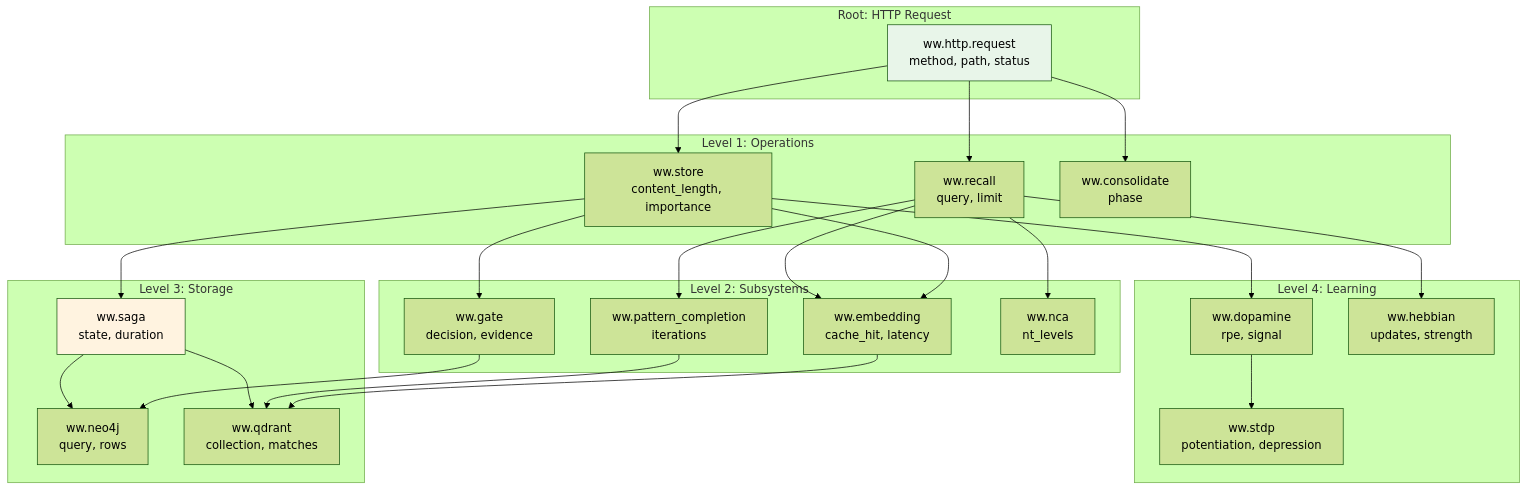
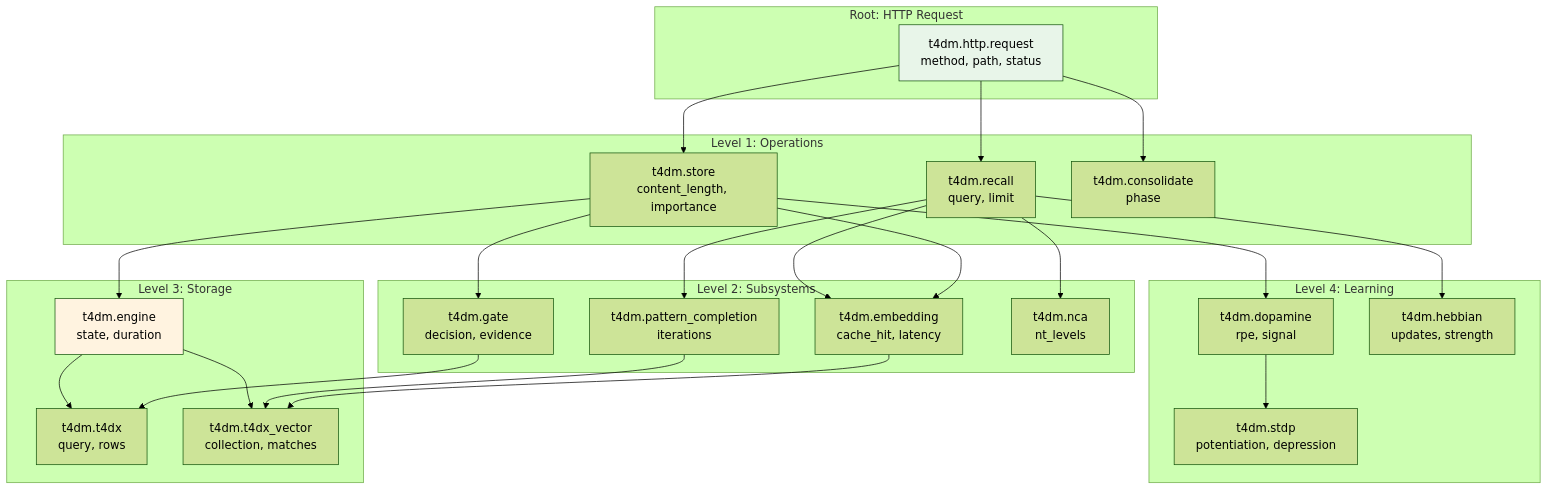
Before and after one commit to astoreyai/t4d: the fourth of 9 diagrams in docs/operations/monitoring.md, drawn with Mermaid (forest theme). The commit also changed other lines of this file and 394 other files, not shown here.

First line of the commit message:
Bulk rename World Weaver→T4DM across all documentation, diagrams, skills, agents

````diff
--- a/docs/operations/monitoring.md
+++ b/docs/operations/monitoring.md
@@ -380,56 +380,56 @@
 ```mermaid
 graph TB
     subgraph RootSpan["Root: HTTP Request"]
-        HTTP[ww.http.request<br/>method, path, status]
+        HTTP[t4dm.http.request<br/>method, path, status]
     end
 
     subgraph Level1["Level 1: Operations"]
-        STORE_OP[ww.store<br/>content_length, importance]
-        RECALL_OP[ww.recall<br/>query, limit]
-        CONSOL_OP[ww.consolidate<br/>phase]
+        STORE_OP[t4dm.store<br/>content_length, importance]
+        RECALL_OP[t4dm.recall<br/>query, limit]
+        CONSOL_OP[t4dm.consolidate<br/>phase]
     end
 
     subgraph Level2["Level 2: Subsystems"]
-        EMBED[ww.embedding<br/>cache_hit, latency]
-        GATE[ww.gate<br/>decision, evidence]
-        PATTERN[ww.pattern_completion<br/>iterations]
-        NCA[ww.nca<br/>nt_levels]
+        EMBED[t4dm.embedding<br/>cache_hit, latency]
+        GATE[t4dm.gate<br/>decision, evidence]
+        PATTERN[t4dm.pattern_completion<br/>iterations]
+        NCA[t4dm.nca<br/>nt_levels]
     end
 
     subgraph Level3["Level 3: Storage"]
-        NEO4J_SPAN[ww.neo4j<br/>query, rows]
-        QDRANT_SPAN[ww.qdrant<br/>collection, matches]
-        SAGA_SPAN[ww.saga<br/>state, duration]
+        T4DX_SPAN[t4dm.t4dx<br/>query, rows]
+        T4DX_VEC_SPAN[t4dm.t4dx_vector<br/>collection, matches]
+        ENGINE_SPAN[t4dm.engine<br/>state, duration]
     end
 
     subgraph Level4["Level 4: Learning"]
-        DA_SPAN[ww.dopamine<br/>rpe, signal]
-        HEBB_SPAN[ww.hebbian<br/>updates, strength]
-        STDP_SPAN[ww.stdp<br/>potentiation, depression]
+        DA_SPAN[t4dm.dopamine<br/>rpe, signal]
+        HEBB_SPAN[t4dm.hebbian<br/>updates, strength]
+        STDP_SPAN[t4dm.stdp<br/>potentiation, depression]
     end
 
     HTTP --> STORE_OP
     HTTP --> RECALL_OP
     HTTP --> CONSOL_OP
 
     STORE_OP --> EMBED
     STORE_OP --> GATE
     RECALL_OP --> EMBED
     RECALL_OP --> PATTERN
     RECALL_OP --> NCA
 
-    EMBED --> QDRANT_SPAN
-    GATE --> NEO4J_SPAN
-    PATTERN --> QDRANT_SPAN
+    EMBED --> T4DX_VEC_SPAN
+    GATE --> T4DX_SPAN
+    PATTERN --> T4DX_VEC_SPAN
 
-    STORE_OP --> SAGA_SPAN
-    SAGA_SPAN --> NEO4J_SPAN
-    SAGA_SPAN --> QDRANT_SPAN
+    STORE_OP --> ENGINE_SPAN
+    ENGINE_SPAN --> T4DX_SPAN
+    ENGINE_SPAN --> T4DX_VEC_SPAN
 
     STORE_OP --> DA_SPAN
     RECALL_OP --> HEBB_SPAN
     DA_SPAN --> STDP_SPAN
 
     style HTTP fill:#e8f5e9
-    style SAGA_SPAN fill:#fff3e0
+    style ENGINE_SPAN fill:#fff3e0
 ```
````
